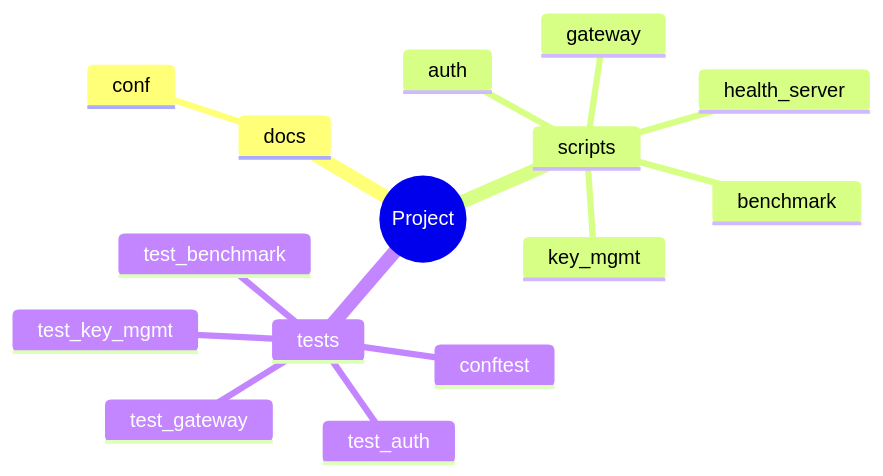
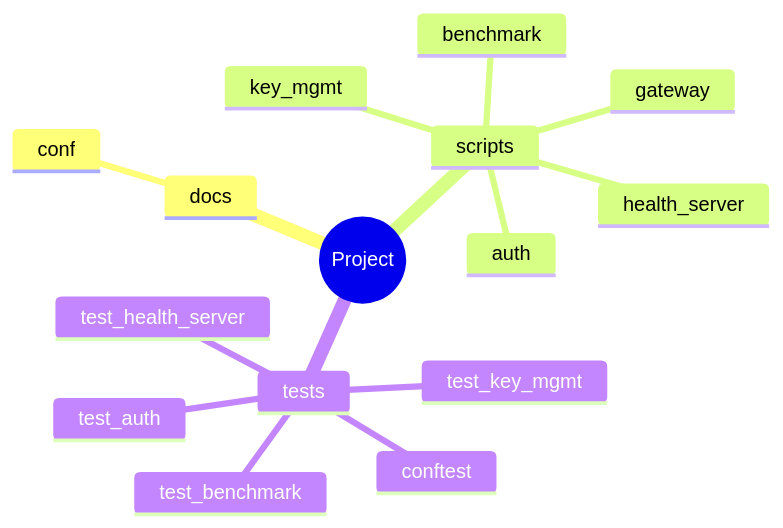
Before and after one commit to zepfu/llama-gguf-inference: the fifth of 8 diagrams in docs/auto/ARCHITECTURE_AUTO.md, drawn with Mermaid. The commit also changed other lines of this file and 2 other files, not shown here.

````diff
--- a/docs/auto/ARCHITECTURE_AUTO.md
+++ b/docs/auto/ARCHITECTURE_AUTO.md
@@ -177,18 +154,18 @@
 ```mermaid
 mindmap
   root((Project))
     docs
       conf
     scripts
-      auth
       health_server
       key_mgmt
       benchmark
       gateway
+      auth
     tests
+      test_benchmark
+      test_health_server
+      test_auth
+      test_key_mgmt
       conftest
-      test_key_mgmt
-      test_benchmark
-      test_auth
-      test_gateway
 ```
````
